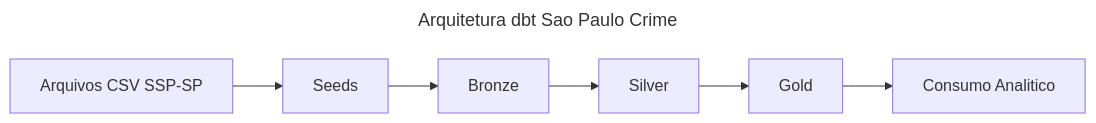
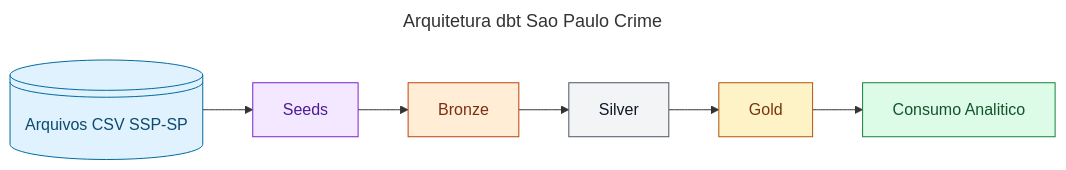
Before and after one commit to ribeirosilvarafaela/dbt_sao_paulo_crime_data: the diagram in README.md, drawn with Mermaid.

Commit message:
Atualiza o diagrama da seção de Arquitetura no README.md para incluir classes de estilo e melhorar a visualização do fluxo de dados entre as camadas Bronze, Silver e Gold.

````diff
--- a/README.md
+++ b/README.md
@@ -14,11 +14,25 @@
 ```mermaid
 ---
 title: Arquitetura dbt Sao Paulo Crime
 ---
 flowchart LR
-    csv[Arquivos CSV SSP-SP] --> seed[Seeds]
-    seed --> bronze[Bronze]
-    bronze --> silver[Silver]
-    silver --> gold[Gold]
-    gold --> consumo[Consumo Analitico]
+    A@{ shape: lin-cyl, label: "Arquivos CSV SSP-SP" } --> B[Seeds]
+    B --> C[Bronze]
+    C --> D[Silver]
+    D --> E[Gold]
+    E --> F[Consumo Analitico]
+
+    classDef arquivos fill:#e0f2fe,stroke:#0369a1,color:#0c4a6e,stroke-width:1px;
+    classDef seeds fill:#f3e8ff,stroke:#7e22ce,color:#4c1d95,stroke-width:1px;
+    classDef bronze fill:#ffedd5,stroke:#c2410c,color:#7c2d12,stroke-width:1px;
+    classDef silver fill:#f3f4f6,stroke:#4b5563,color:#111827,stroke-width:1px;
+    classDef gold fill:#fef3c7,stroke:#b45309,color:#78350f,stroke-width:1px;
+    classDef consumo fill:#dcfce7,stroke:#15803d,color:#14532d,stroke-width:1px;
+
+    class A arquivos;
+    class B seeds;
+    class C bronze;
+    class D silver;
+    class E gold;
+    class F consumo;
 ```
````
